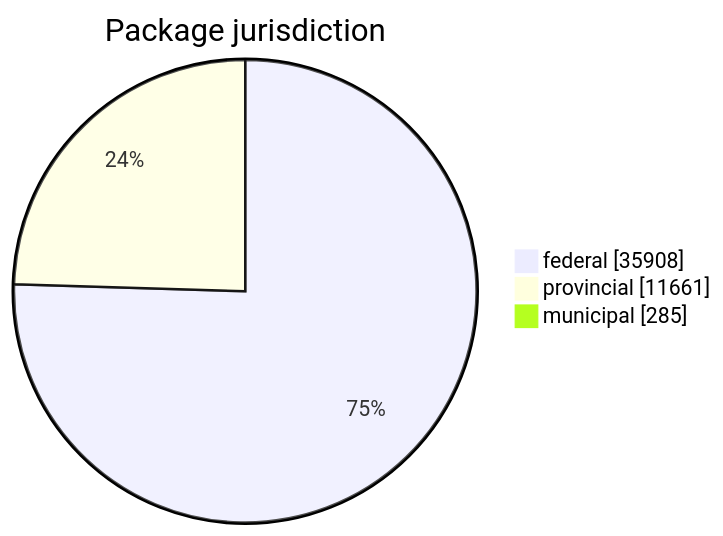
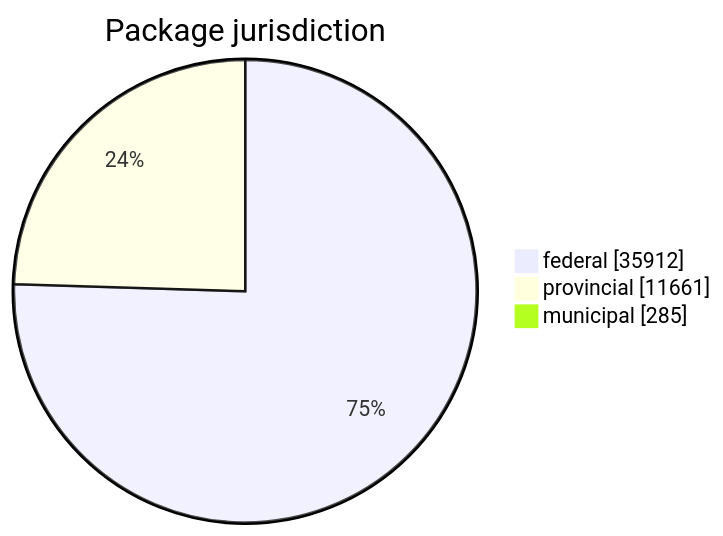
One commit to open-data/analytics-corporate-reporting changed the first of 5 diagrams in FreshCheck/README.md. Above: the diagram before and after it, drawn with Mermaid. The commit also changed other lines of this file and 3 other files, not shown here.

````diff
--- a/FreshCheck/README.md
+++ b/FreshCheck/README.md
@@ -60,6 +60,6 @@
 ```mermaid
 pie showData title Package jurisdiction
-    "federal": 35908
+    "federal": 35912
     "provincial": 11661
     "municipal": 285
 ```
````
